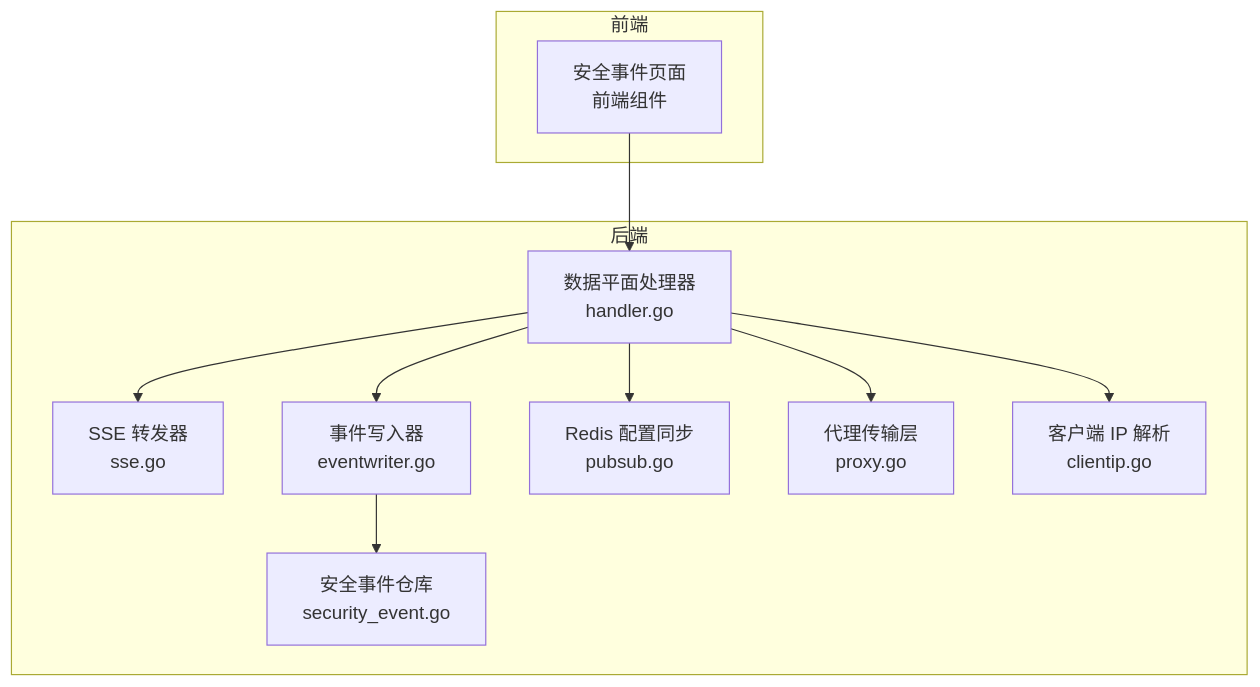
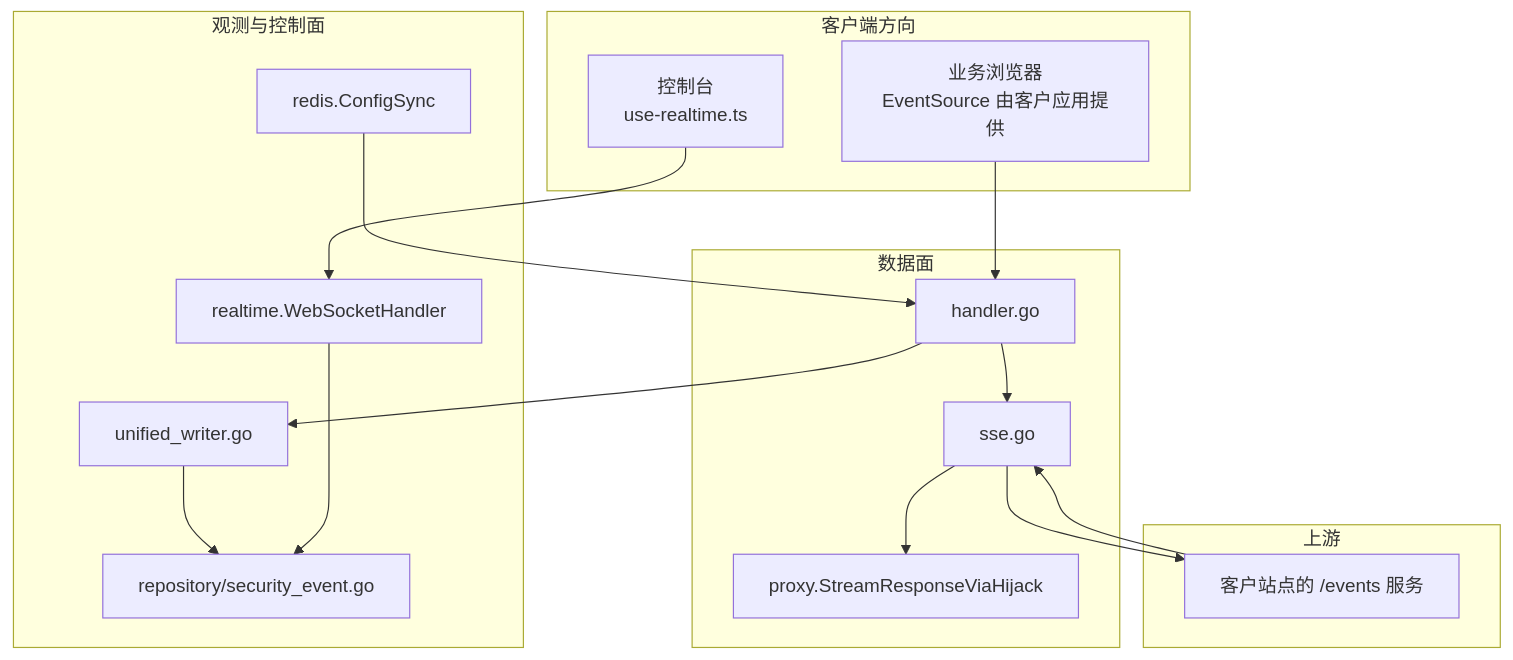
One commit to x01n/My-OpenWaf changed the first of 9 diagrams in docs/数据平面处理/SSE 事件推送.md. Above: the diagram before and after it, drawn with Mermaid. The commit also changed other lines of this file and 622 other files, not shown here.

````diff
--- a/docs/数据平面处理/SSE 事件推送.md
+++ b/docs/数据平面处理/SSE 事件推送.md
@@ -46,22 +71,31 @@
 ```mermaid
 graph TB
-subgraph "前端"
-FE["安全事件页面<br/>前端组件"]
+subgraph "客户端方向"
+FE["业务浏览器<br/>EventSource 由客户应用提供"]
+ADMIN["控制台<br/>use-realtime.ts"]
 end
-subgraph "后端"
-DP["数据平面处理器<br/>handler.go"]
-SSE["SSE 转发器<br/>sse.go"]
-OBS["事件写入器<br/>eventwriter.go"]
-REPO["安全事件仓库<br/>security_event.go"]
-REDIS["Redis 配置同步<br/>pubsub.go"]
-PROXY["代理传输层<br/>proxy.go"]
-SEC["客户端 IP 解析<br/>clientip.go"]
+subgraph "数据面"
+DP["handler.go"]
+SSE["sse.go"]
+HIJACK["proxy.StreamResponseViaHijack"]
+end
+subgraph "观测与控制面"
+OBS["unified_writer.go"]
+REPO["repository/security_event.go"]
+RT["realtime.WebSocketHandler"]
+REDIS["redis.ConfigSync"]
+end
+subgraph "上游"
+UP["客户站点的 /events 服务"]
 end
 FE --> DP
 DP --> SSE
+SSE --> HIJACK
+SSE --> UP
+UP --> SSE
 DP --> OBS
 OBS --> REPO
-DP --> REDIS
-DP --> PROXY
-DP --> SEC
+ADMIN --> RT
+RT --> REPO
+REDIS --> DP
 ```
````
